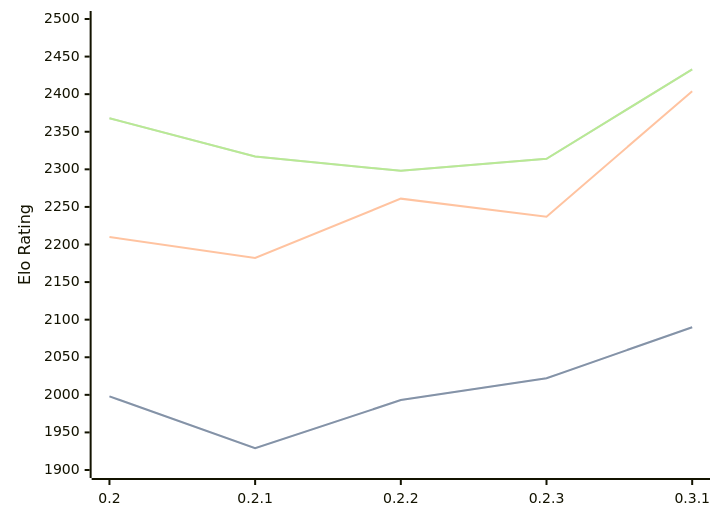
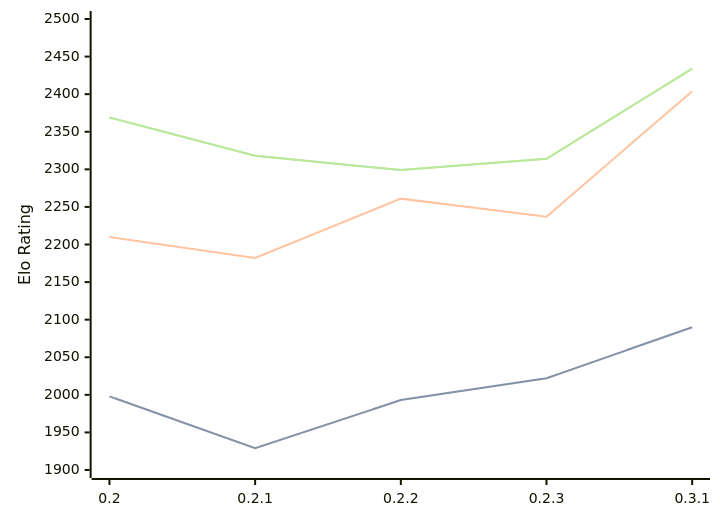
One commit to computer-chess-index/cci changed the diagram in engines/Lolbot.md. Above: the diagram before and after it, drawn with Mermaid. The commit also changed other lines of this file, not shown here.

Commit message:
Update CCI Ratings (ELO VLTC) - 2026-08-27

````diff
--- a/engines/Lolbot.md
+++ b/engines/Lolbot.md
@@ -35,11 +35,11 @@
 ```mermaid
 %%{init: {"theme":"base","themeVariables":{"seriesColors:['#a3a3a3','#222221','#faa371']}}}%%
 xychart-beta
   x-axis ["0.2", "0.2.1", "0.2.2", "0.2.3", "0.3.1"]
   y-axis "Elo Rating" 1900 --> 2500
   line "STC (8.0+0.08s)" [1998, 1929, 1993, 2022, 2090]
   line "STC (8.0+0.08s)" [1998, 1929, 1993, 2022, 2090]
   line "LTC (60.0+0.60s)" [2210, 2182, 2261, 2237, 2404]
-  line "VLTC (2m24s+1.12s)" [2368, 2317, 2298, 2314, 2433]
-  line "VLTC (2m24s+1.12s)" [2368, 2317, 2298, 2314, 2433]
+  line "VLTC (2m24s+1.12s)" [2369, 2318, 2299, 2314, 2434]
+  line "VLTC (2m24s+1.12s)" [2369, 2318, 2299, 2314, 2434]
 ```
````
